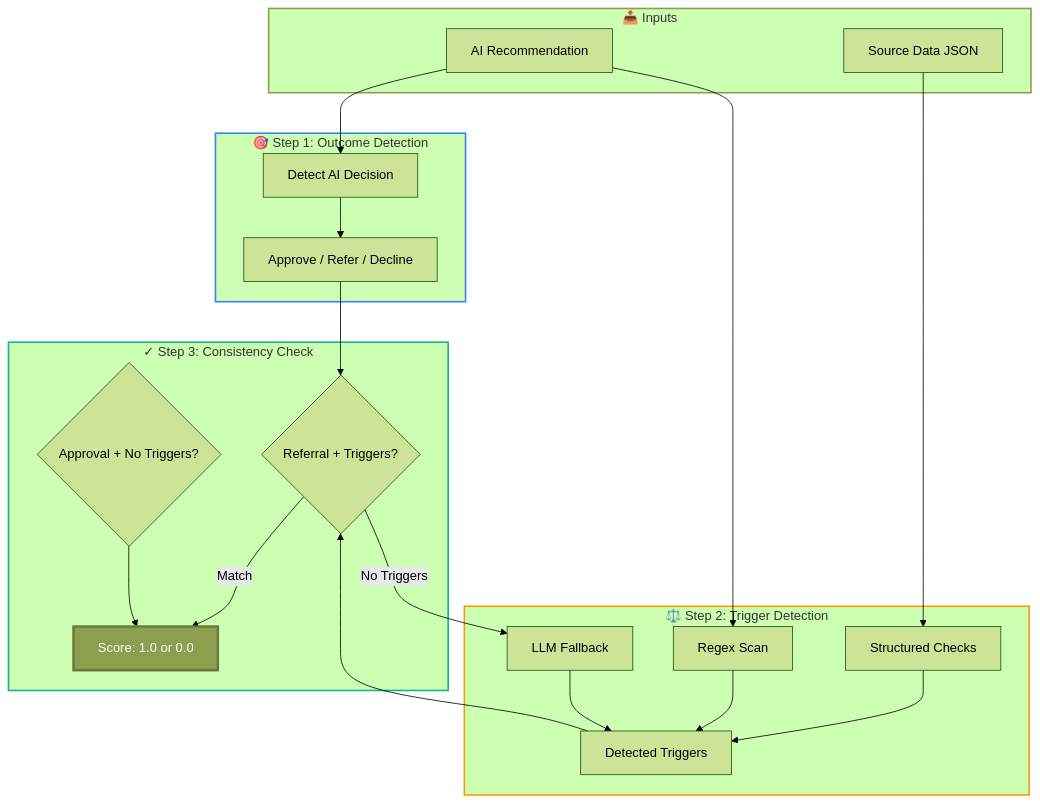
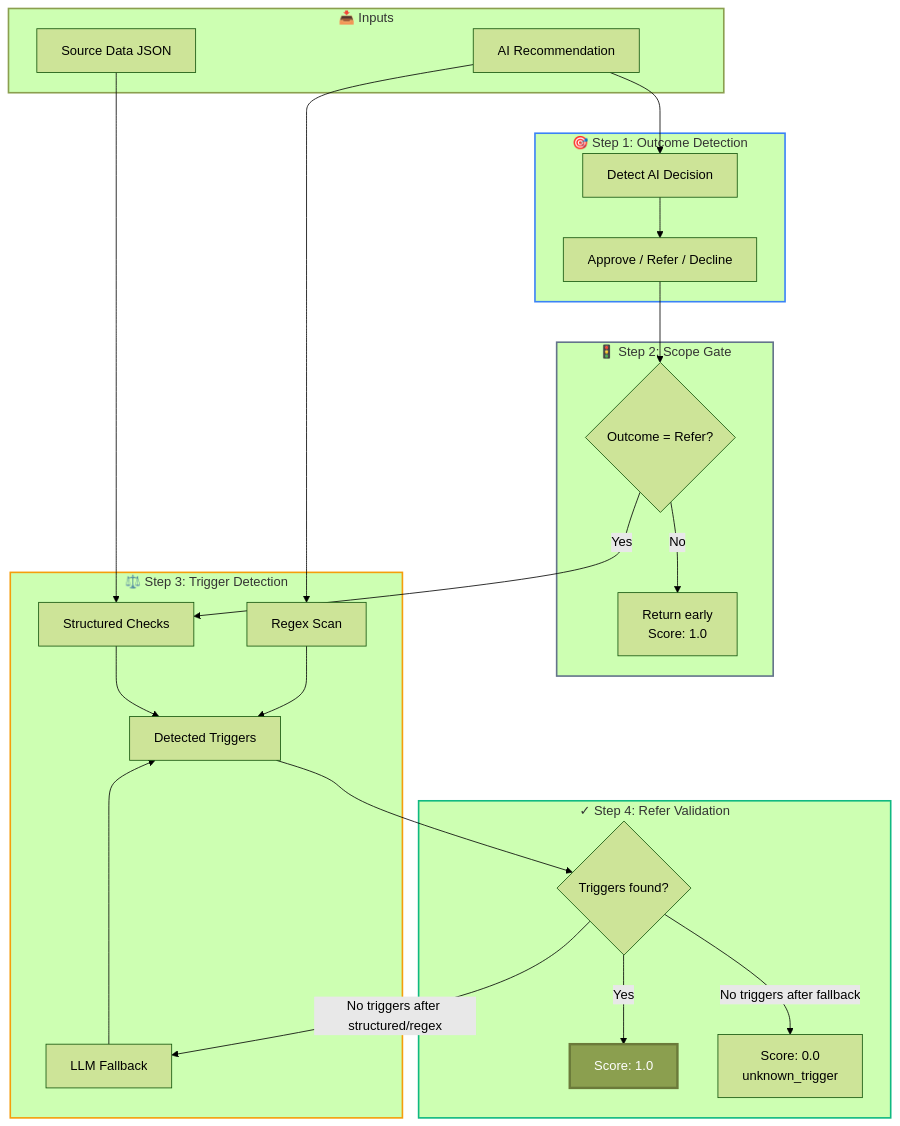
The diagram in docs/metric-registry/athena/recommendation/underwriting_rules.md (MGT-Insurance/eval-workbench), drawn with Mermaid (forest theme) before and after one commit. The commit also changed other lines of this file and 1 other file, not shown here.

Commit message:
fallback

````diff
--- a/docs/metric-registry/athena/recommendation/underwriting_rules.md
+++ b/docs/metric-registry/athena/recommendation/underwriting_rules.md
@@ -78,43 +81,51 @@
     ```mermaid
     flowchart TD
         subgraph INPUT["📥 Inputs"]
             A[AI Recommendation]
             B[Source Data JSON]
         end
 
         subgraph OUTCOME["🎯 Step 1: Outcome Detection"]
             C[Detect AI Decision]
             D["Approve / Refer / Decline"]
         end
 
-        subgraph RULES["⚖️ Step 2: Trigger Detection"]
+        subgraph GATE["🚦 Step 2: Scope Gate"]
+            X{Outcome = Refer?}
+            Y["Return early\nScore: 1.0"]
+        end
+
+        subgraph RULES["⚖️ Step 3: Trigger Detection"]
             E[Structured Checks]
             F[Regex Scan]
             G[LLM Fallback]
             H["Detected Triggers"]
         end
 
-        subgraph VALIDATE["✓ Step 3: Consistency Check"]
-            I{Referral + Triggers?}
-            J{Approval + No Triggers?}
-            K["Score: 1.0 or 0.0"]
+        subgraph VALIDATE["✓ Step 4: Refer Validation"]
+            I{Triggers found?}
+            K["Score: 1.0"]
+            Z["Score: 0.0\nunknown_trigger"]
         end
 
         A --> C
         C --> D
+        D --> X
+        X -->|No| Y
+        X -->|Yes| E
         B --> E
         A --> F
         E & F --> H
-        D --> I
         H --> I
-        I -->|Match| K
-        I -->|No Triggers| G
+        I -->|Yes| K
+        I -->|No triggers after structured/regex| G
         G --> H
-        J --> K
+        I -->|No triggers after fallback| Z
 
         style INPUT stroke:#8B9F4F,stroke-width:2px
         style OUTCOME stroke:#3b82f6,stroke-width:2px
+        style GATE stroke:#64748b,stroke-width:2px
         style RULES stroke:#f59e0b,stroke-width:2px
         style VALIDATE stroke:#10b981,stroke-width:2px
         style K fill:#8B9F4F,stroke:#6B7A3A,stroke-width:3px,color:#fff
     ```
````
